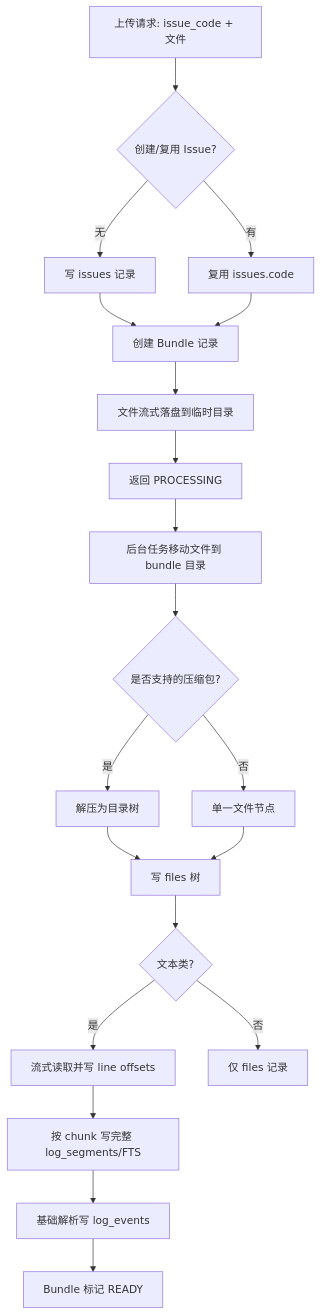
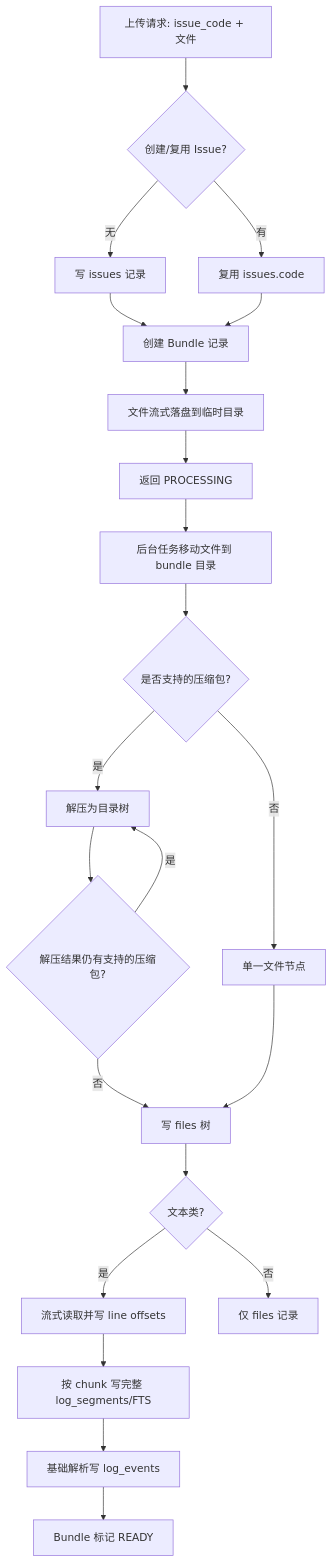
Before and after one commit to SwartzMss/Rain: the diagram in doc/DB.md, drawn with Mermaid. The commit also changed other lines of this file and 4 other files, not shown here.

````diff
--- a/doc/DB.md
+++ b/doc/DB.md
@@ -108,22 +108,24 @@
 ```mermaid
 flowchart TD
     A[上传请求: issue_code + 文件] --> B{创建/复用 Issue?}
     B -->|无| C[写 issues 记录]
     B -->|有| D[复用 issues.code]
     C --> E[创建 Bundle 记录]
     D --> E
     E --> F[文件流式落盘到临时目录]
     F --> G[返回 PROCESSING]
     G --> H[后台任务移动文件到 bundle 目录]
     H --> I{是否支持的压缩包?}
     I -->|是| J[解压为目录树]
     I -->|否| K[单一文件节点]
-    J --> L[写 files 树]
+    J --> J1{解压结果仍有支持的压缩包?}
+    J1 -->|是| J
+    J1 -->|否| L[写 files 树]
     K --> L
     L --> M{文本类?}
     M -->|是| N[流式读取并写 line offsets]
     M -->|否| O[仅 files 记录]
     N --> P[按 chunk 写完整 log_segments/FTS]
     P --> Q[基础解析写 log_events]
     Q --> R[Bundle 标记 READY]
 ```
````
